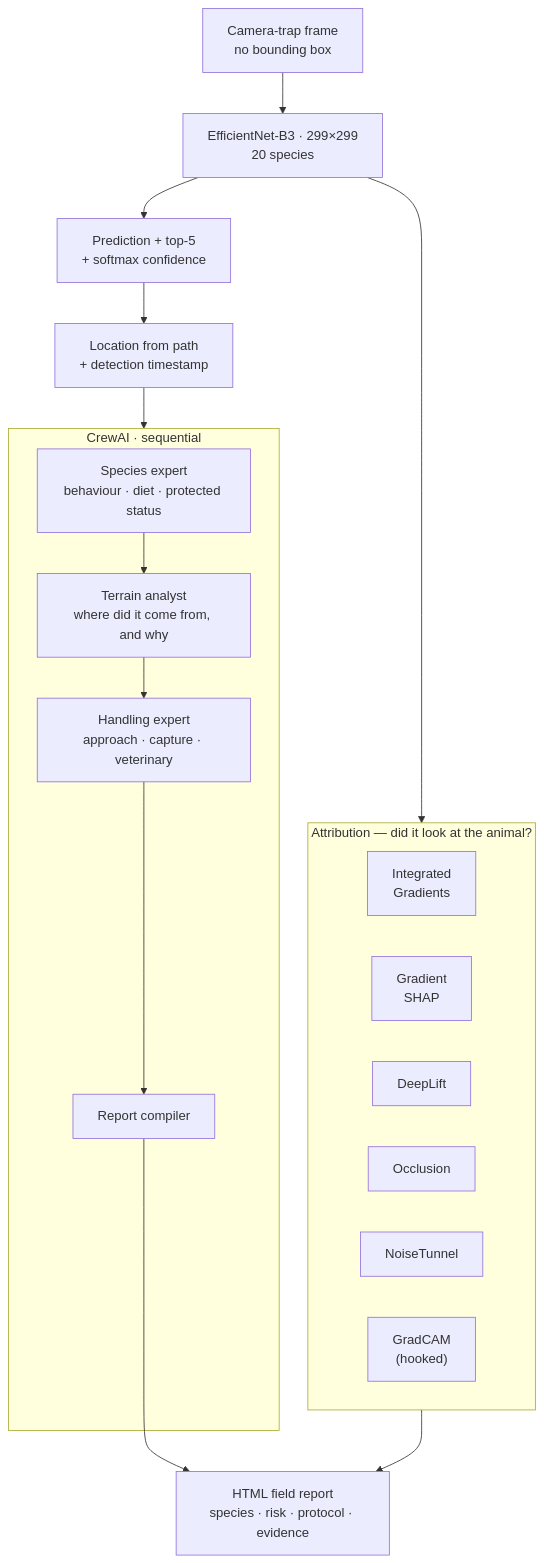
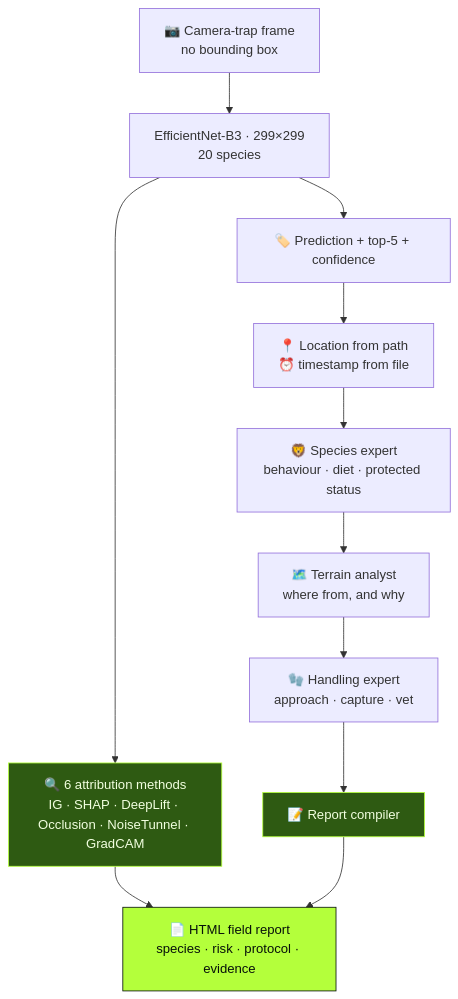
The diagram in gh-readmes/WISP/README.md (Vishal-AS-0407/portfolio), drawn with Mermaid before and after one commit. The commit also changed other lines of this file and 62 other files, not shown here.

````diff
--- a/gh-readmes/WISP/README.md
+++ b/gh-readmes/WISP/README.md
@@ -44,30 +84,16 @@
 ```mermaid
-flowchart TB
-    IMG["Camera-trap frame<br/>no bounding box"] --> CLS["EfficientNet-B3 · 299×299<br/>20 species"]
-    CLS --> TOP["Prediction + top-5<br/>+ softmax confidence"]
-    CLS --> XAI
-
-    subgraph XAI["Attribution — did it look at the animal?"]
-        direction LR
-        X1["Integrated<br/>Gradients"]
-        X2["Gradient<br/>SHAP"]
-        X3["DeepLift"]
-        X4["Occlusion"]
-        X5["NoiseTunnel"]
-        X6["GradCAM<br/>(hooked)"]
-    end
-
-    TOP --> META["Location from path<br/>+ detection timestamp"]
-    META --> CREW
-
-    subgraph CREW["CrewAI · sequential"]
-        A1["Species expert<br/>behaviour · diet · protected status"]
-        A2["Terrain analyst<br/>where did it come from, and why"]
-        A3["Handling expert<br/>approach · capture · veterinary"]
-        A4["Report compiler"]
-        A1 --> A2 --> A3 --> A4
-    end
-
-    XAI --> REPORT["HTML field report<br/>species · risk · protocol · evidence"]
+flowchart TD
+    IMG["📷 Camera-trap frame<br/>no bounding box"] --> CLS["EfficientNet-B3 · 299×299<br/>20 species"]
+    CLS --> TOP["🏷️ Prediction + top-5 + confidence"]
+    CLS --> XAI["🔍 6 attribution methods<br/>IG · SHAP · DeepLift · Occlusion · NoiseTunnel · GradCAM"]
+    TOP --> META["📍 Location from path<br/>⏰ timestamp from file"]
+    META --> A1["🦁 Species expert<br/>behaviour · diet · protected status"]
+    A1 --> A2["🗺️ Terrain analyst<br/>where from, and why"]
+    A2 --> A3["🧤 Handling expert<br/>approach · capture · vet"]
+    A3 --> A4["📝 Report compiler"]
+    XAI --> REPORT["📄 HTML field report<br/>species · risk · protocol · evidence"]
     A4 --> REPORT
+    style XAI fill:#2E5A12,stroke:#B4FF3B,color:#F2FFE0
+    style A4 fill:#2E5A12,stroke:#B4FF3B,color:#F2FFE0
+    style REPORT fill:#B4FF3B,stroke:#07110A,color:#07110A
 ```
````
